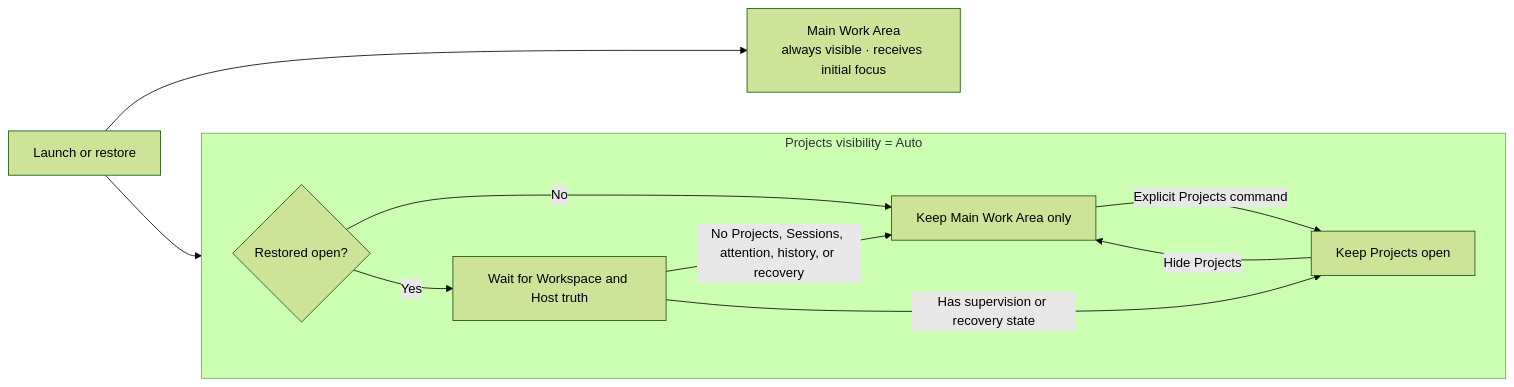
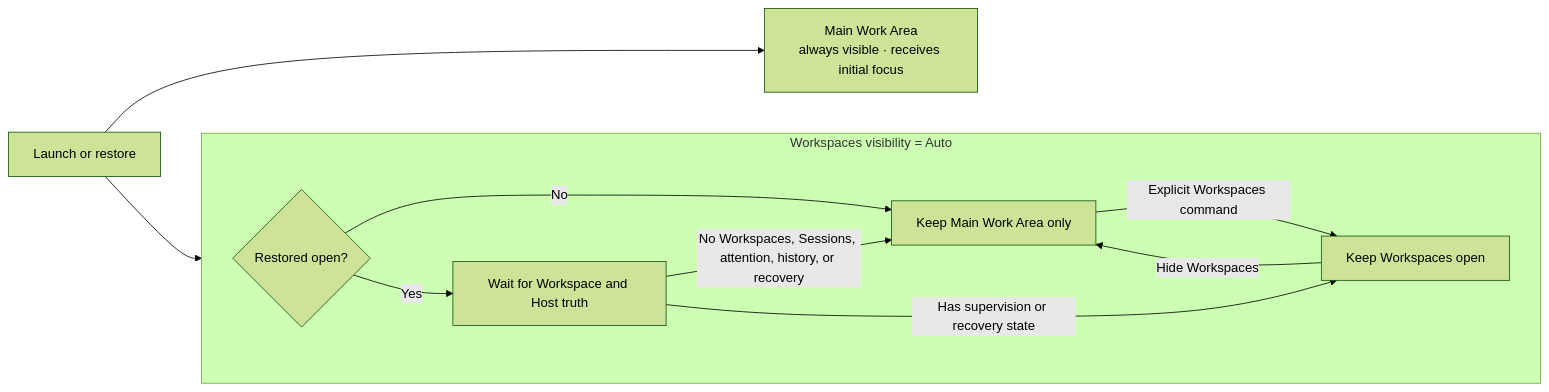
The third of 3 diagrams in docs/src/development/dez/fork-notes.md (Oreoro/dez), drawn with Mermaid (forest theme) before and after one commit. The commit also changed other lines of this file and 21 other files, not shown here.

````diff
--- a/docs/src/development/dez/fork-notes.md
+++ b/docs/src/development/dez/fork-notes.md
@@ -125,20 +126,20 @@
 ```mermaid
 flowchart LR
     START["Launch or restore"] --> PRIMARY["Main Work Area<br/>always visible · receives initial focus"]
 
-    subgraph AUTO["Projects visibility = Auto"]
+    subgraph AUTO["Workspaces visibility = Auto"]
         direction LR
         RESTORED{"Restored open?"}
         WAIT["Wait for Workspace and Host truth"]
         CLOSED["Keep Main Work Area only"]
-        OPEN["Keep Projects open"]
+        OPEN["Keep Workspaces open"]
         RESTORED -->|No| CLOSED
         RESTORED -->|Yes| WAIT
-        WAIT -->|No Projects, Sessions, attention, history, or recovery| CLOSED
+        WAIT -->|No Workspaces, Sessions, attention, history, or recovery| CLOSED
         WAIT -->|Has supervision or recovery state| OPEN
-        CLOSED -->|Explicit Projects command| OPEN
-        OPEN -->|Hide Projects| CLOSED
+        CLOSED -->|Explicit Workspaces command| OPEN
+        OPEN -->|Hide Workspaces| CLOSED
     end
 
     START --> RESTORED
 ```
````
